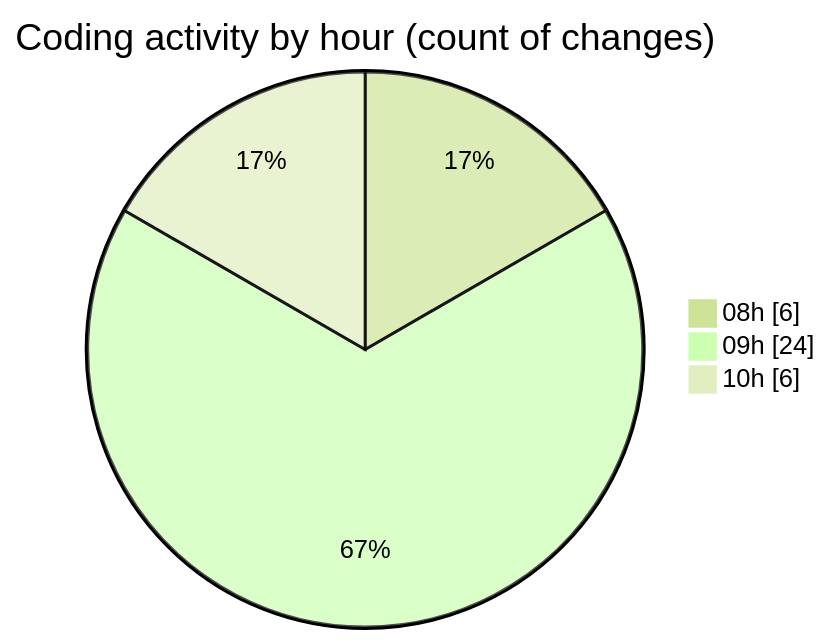
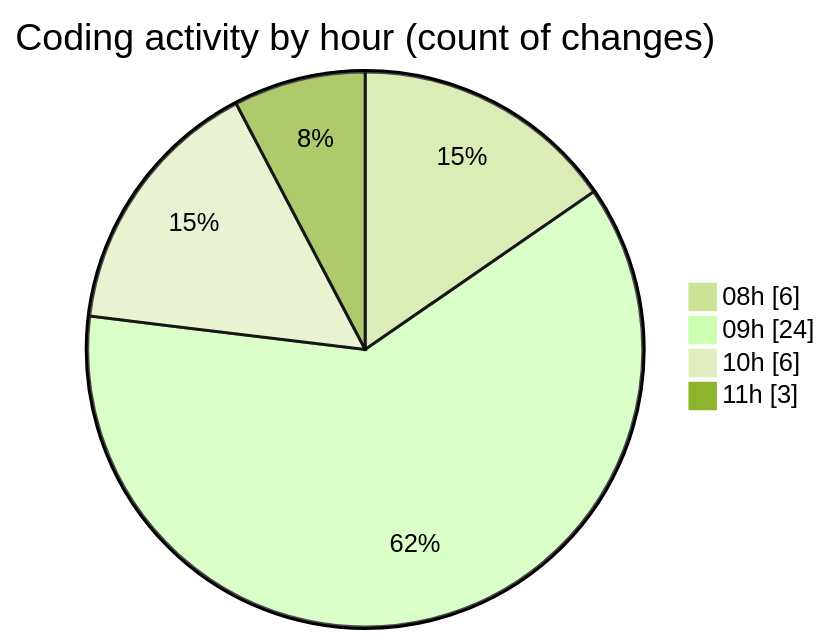
One commit to vahidmafi/code-tracking changed the second of 2 diagrams in 2025-04-11/zeytoon/README.md. Above: the diagram before and after it, drawn with Mermaid (forest theme). The commit also changed other lines of this file and 1 other file, not shown here.

````diff
--- a/2025-04-11/zeytoon/README.md
+++ b/2025-04-11/zeytoon/README.md
@@ -32,7 +33,8 @@
 ```mermaid
 pie showData
 title Coding activity by hour (count of changes)
 "08h" : 6
 "09h" : 24
 "10h" : 6
+"11h" : 3
 ```
````
